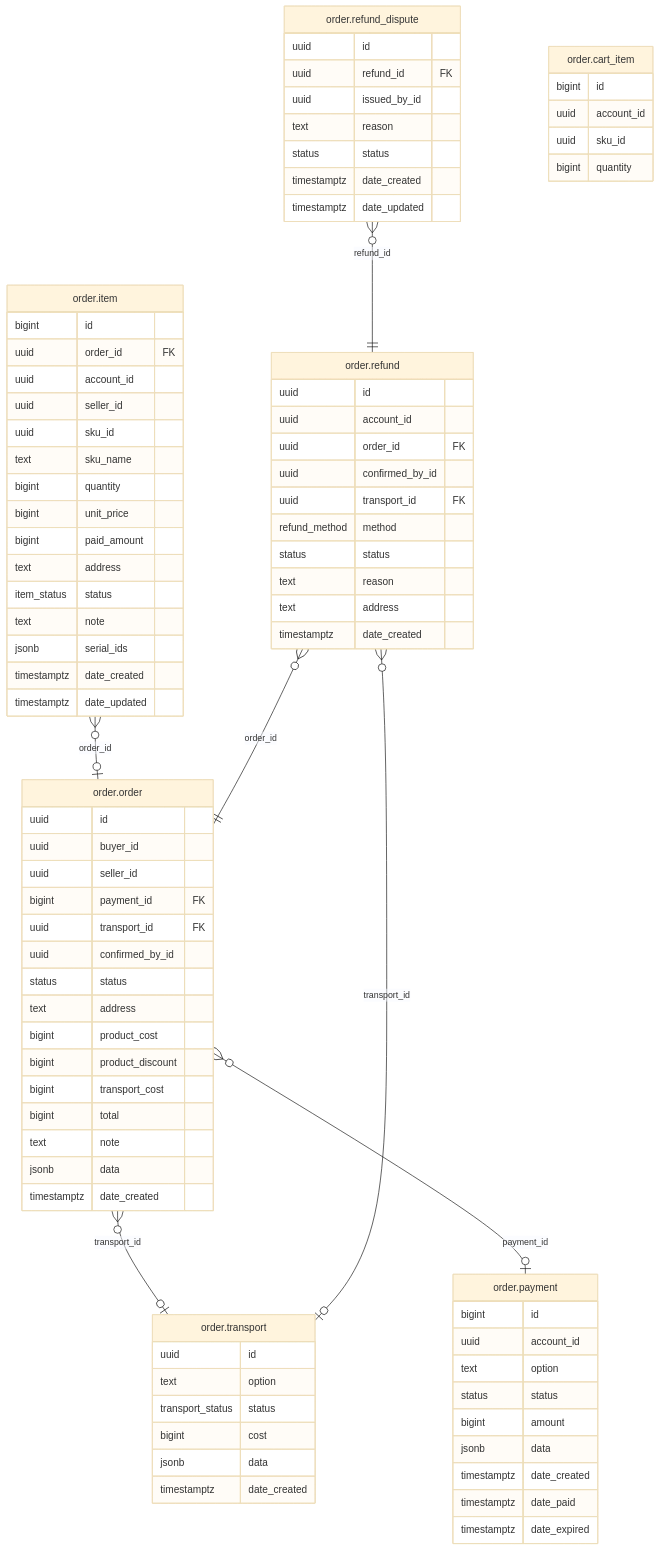
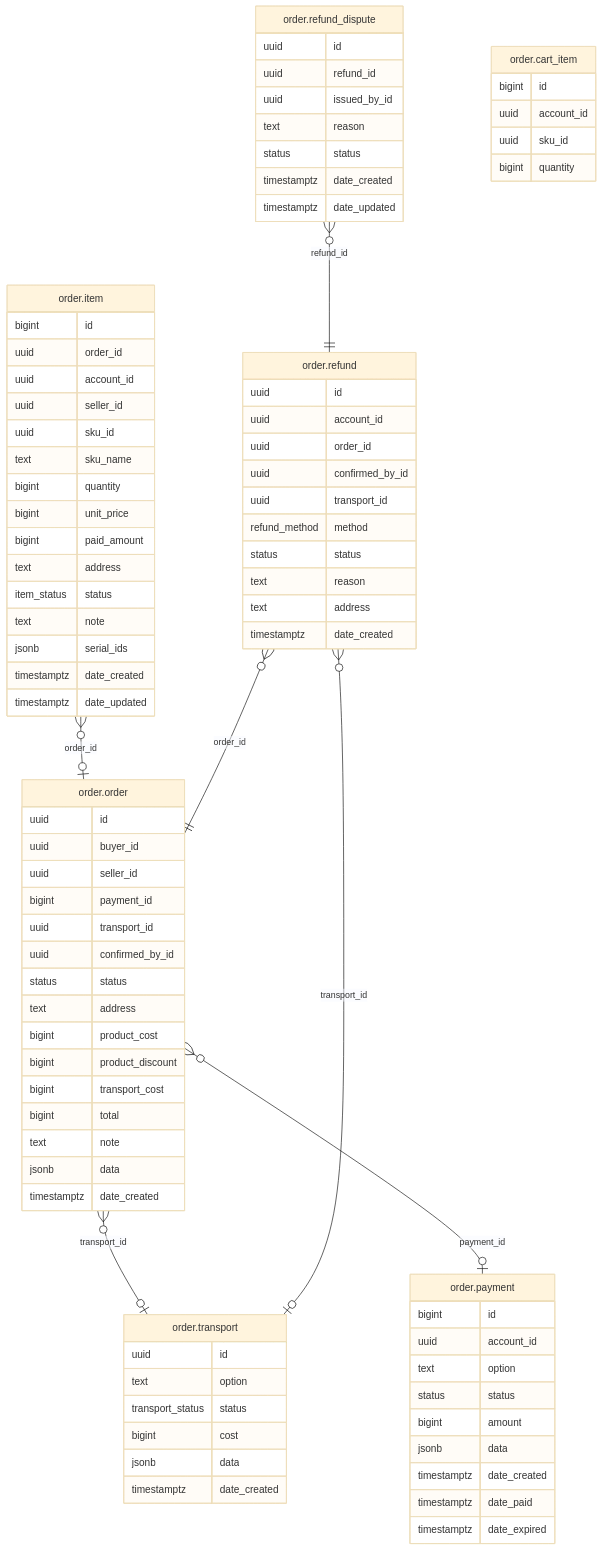
Before and after one commit to shopnexus/shopnexus-server: the diagram in internal/module/order/README.md, drawn with Mermaid (base theme). The commit also changed other lines of this file and 12 other files, not shown here.

Commit message:
add generating mermaid script & update all readmes

````diff
--- a/internal/module/order/README.md
+++ b/internal/module/order/README.md
@@ -97,9 +10,9 @@
 ```mermaid
 erDiagram
-"order.order" }o--o| "order.payment" : "payment_id"
-"order.order" }o--o| "order.transport" : "transport_id"
-"order.item" }o--o| "order.order" : "order_id"
-"order.refund" }o--o| "order.transport" : "transport_id"
+"order.order" }o--|o "order.payment" : "payment_id"
+"order.order" }o--|o "order.transport" : "transport_id"
+"order.item" }o--|o "order.order" : "order_id"
+"order.refund" }o--|o "order.transport" : "transport_id"
 "order.refund" }o--|| "order.order" : "order_id"
 "order.refund_dispute" }o--|| "order.refund" : "refund_id"
 
@@ -111,7 +24,7 @@
 }
 "order.item" {
   bigint id
-  uuid order_id FK
+  uuid order_id
   uuid account_id
   uuid seller_id
   uuid sku_id
@@ -130,8 +43,8 @@
   uuid id
   uuid buyer_id
   uuid seller_id
-  bigint payment_id FK
-  uuid transport_id FK
+  bigint payment_id
+  uuid transport_id
   uuid confirmed_by_id
   status status
   text address
@@ -157,9 +70,9 @@
 "order.refund" {
   uuid id
   uuid account_id
-  uuid order_id FK
+  uuid order_id
   uuid confirmed_by_id
-  uuid transport_id FK
+  uuid transport_id
   refund_method method
   status status
   text reason
@@ -168,7 +81,7 @@
 }
 "order.refund_dispute" {
   uuid id
-  uuid refund_id FK
+  uuid refund_id
   uuid issued_by_id
   text reason
   status status
````
